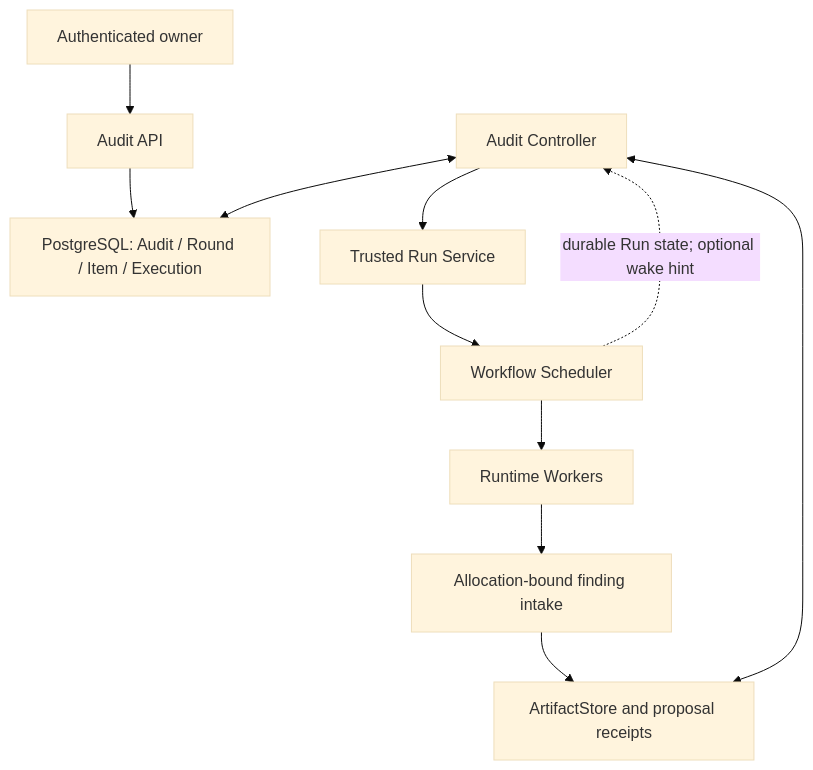
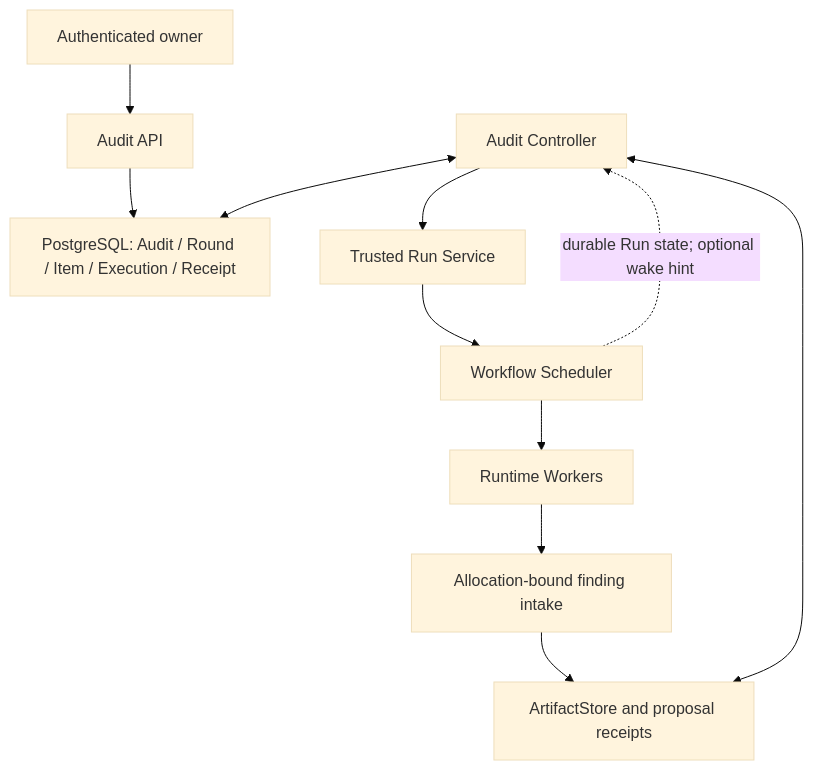
The first of 3 diagrams in docs/spec/19-audits.md (grauwolf32/contractor), drawn with Mermaid (base theme) before and after one commit. The commit also changed other lines of this file and 19 other files, not shown here.

````diff
--- a/docs/spec/19-audits.md
+++ b/docs/spec/19-audits.md
@@ -34,13 +36,13 @@
 ```mermaid
 flowchart TD
   U["Authenticated owner"] --> API["Audit API"]
-  API --> DB["PostgreSQL: Audit / Round / Item / Execution"]
+  API --> DB["PostgreSQL: Audit / Round / Item / Execution / Receipt"]
   C["Audit Controller"] <--> DB
   C --> RS["Trusted Run Service"]
   RS --> S["Workflow Scheduler"]
   S --> W["Runtime Workers"]
   W --> I["Allocation-bound finding intake"]
   I --> A["ArtifactStore and proposal receipts"]
   C <--> A
   S -. "durable Run state; optional wake hint" .-> C
 ```
````
